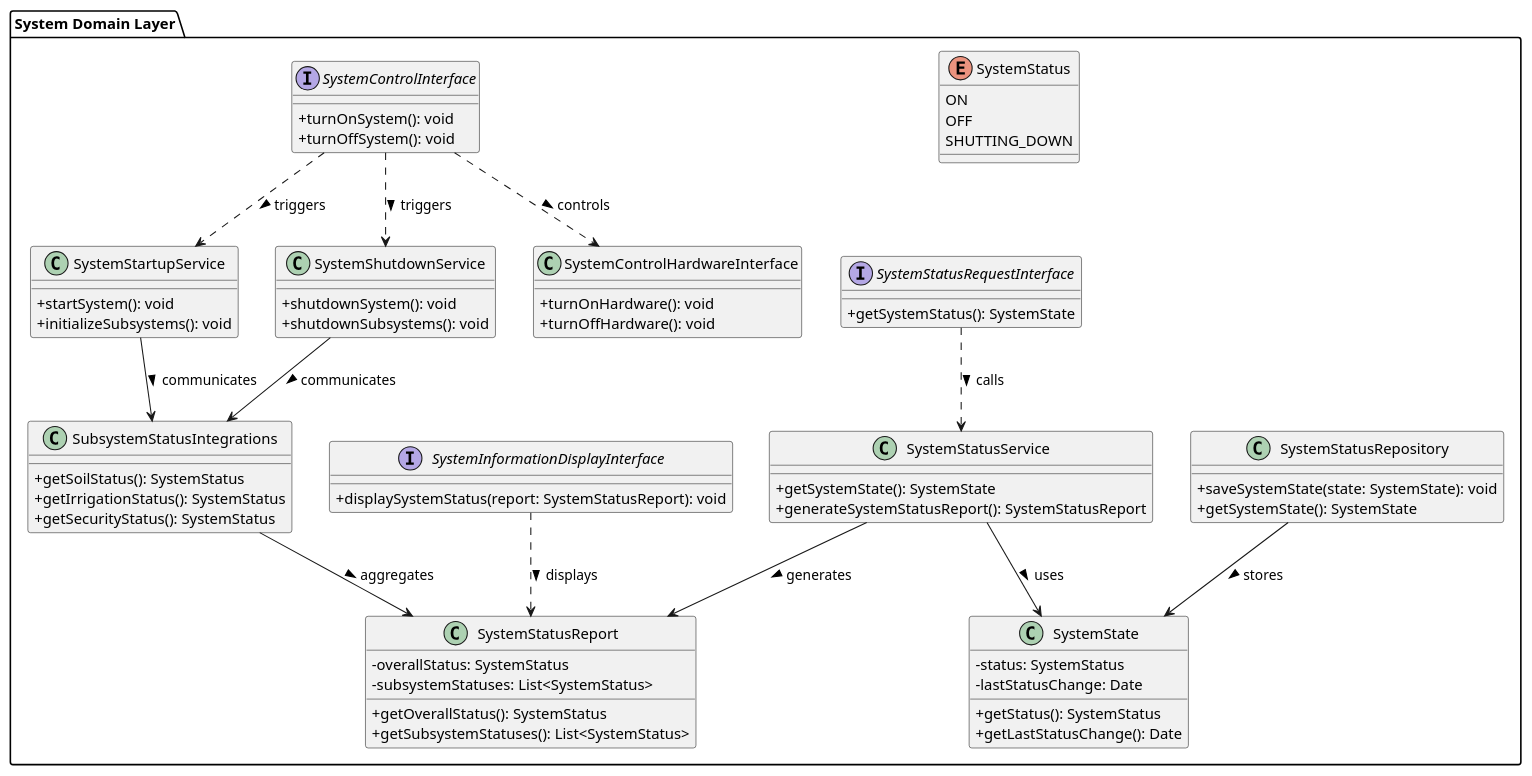
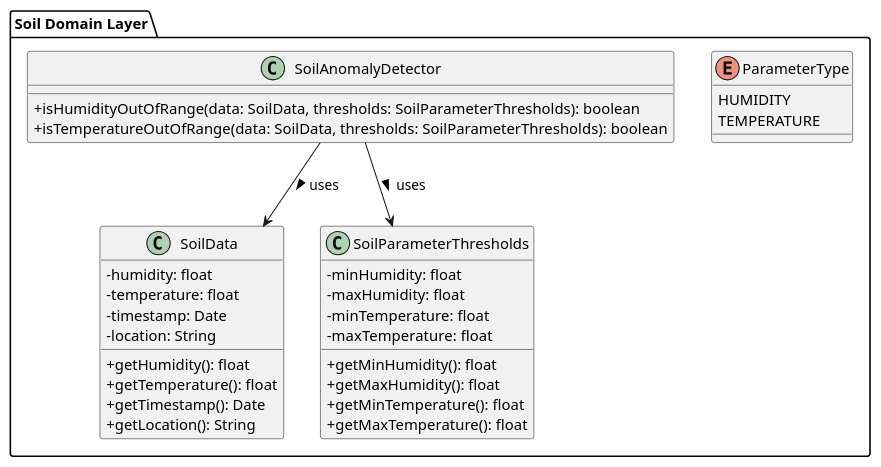
The diagram in plantUml/soil_domain_layer.puml (iot-solutions64/report), drawn with PlantUML before and after one commit.

```diff
--- a/plantUml/soil_domain_layer.puml
+++ b/plantUml/soil_domain_layer.puml
@@ -1,83 +1,43 @@
 @startuml
 skinparam classAttributeIconSize 0
 
-package "System Domain Layer" {
+package "Soil Domain Layer" {
 
-    enum SystemStatus {
-        ON
-        OFF
-        SHUTTING_DOWN
+    enum ParameterType {
+        HUMIDITY
+        TEMPERATURE
     }
 
-    class SystemState {
-        -status: SystemStatus
-        -lastStatusChange: Date
-        +getStatus(): SystemStatus
-        +getLastStatusChange(): Date
+    class SoilData {
+        -humidity: float
+        -temperature: float
+        -timestamp: Date
+        -location: String
+        +getHumidity(): float
+        +getTemperature(): float
+        +getTimestamp(): Date
+        +getLocation(): String
     }
 
-    class SystemStatusReport {
-        -overallStatus: SystemStatus
-        -subsystemStatuses: List<SystemStatus>
-        +getOverallStatus(): SystemStatus
-        +getSubsystemStatuses(): List<SystemStatus>
+    class SoilParameterThresholds {
+        -minHumidity: float
+        -maxHumidity: float
+        -minTemperature: float
+        -maxTemperature: float
+        +getMinHumidity(): float
+        +getMaxHumidity(): float
+        +getMinTemperature(): float
+        +getMaxTemperature(): float
     }
 
-    class SystemStatusService {
-        +getSystemState(): SystemState
-        +generateSystemStatusReport(): SystemStatusReport
+    class SoilAnomalyDetector {
+        +isHumidityOutOfRange(data: SoilData, thresholds: SoilParameterThresholds): boolean
+        +isTemperatureOutOfRange(data: SoilData, thresholds: SoilParameterThresholds): boolean
     }
 
-    class SystemStartupService {
-        +startSystem(): void
-        +initializeSubsystems(): void
-    }
+    SoilAnomalyDetector --> SoilParameterThresholds : uses >
+    SoilAnomalyDetector --> SoilData : uses >
 
-    class SystemShutdownService {
-        +shutdownSystem(): void
-        +shutdownSubsystems(): void
-    }
-
-    class SystemStatusRepository {
-        +saveSystemState(state: SystemState): void
-        +getSystemState(): SystemState
-    }
-
-    class SystemControlHardwareInterface {
-        +turnOnHardware(): void
-        +turnOffHardware(): void
-    }
-
-    class SubsystemStatusIntegrations {
-        +getSoilStatus(): SystemStatus
-        +getIrrigationStatus(): SystemStatus
-        +getSecurityStatus(): SystemStatus
-    }
-
-    interface SystemStatusRequestInterface {
-        +getSystemStatus(): SystemState
-    }
-
-    interface SystemInformationDisplayInterface {
-        +displaySystemStatus(report: SystemStatusReport): void
-    }
-
-    interface SystemControlInterface {
-        +turnOnSystem(): void
-        +turnOffSystem(): void
-    }
-
-    SystemStatusService --> SystemState : uses >
-    SystemStatusService --> SystemStatusReport : generates >
-    SystemStatusRequestInterface ..> SystemStatusService : calls >
-    SystemInformationDisplayInterface ..> SystemStatusReport : displays >
-    SystemControlInterface ..> SystemControlHardwareInterface : controls >
-    SystemControlInterface ..> SystemStartupService : triggers >
-    SystemControlInterface ..> SystemShutdownService : triggers >
-    SystemStatusRepository --> SystemState : stores >
-    SystemStartupService --> SubsystemStatusIntegrations : communicates >
-    SystemShutdownService --> SubsystemStatusIntegrations : communicates >
-    SubsystemStatusIntegrations --> SystemStatusReport : aggregates >
 }
 
 @enduml
```
